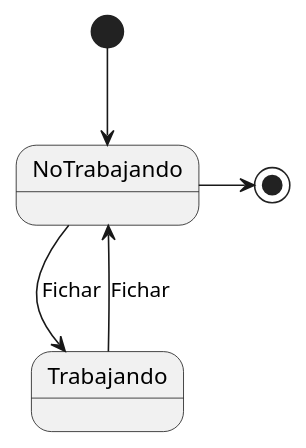
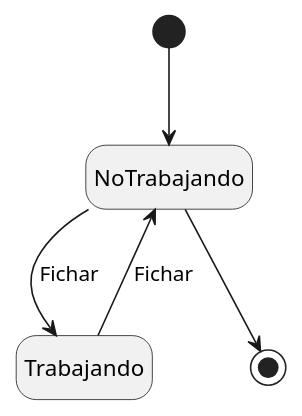
The diagram in modelosUML/modeloDominio/diagramaEstados.puml (mmasias/23-24-IdSw1-SDR), drawn with PlantUML before and after one commit. The commit also changed 13 other files, not shown here.

Commit message:
modify-README-files-and-diagrams-and-prototipe-images

```diff
--- a/modelosUML/modeloDominio/diagramaEstados.puml
+++ b/modelosUML/modeloDominio/diagramaEstados.puml
@@ -1,13 +1,13 @@
 @startuml DiagramaEstados
-state Trabajando
-state NoTrabajando
+
+hide empty description
 
 [*] -->  NoTrabajando
 
-NoTrabajando -r-> Trabajando : Fichar
+NoTrabajando -down-> Trabajando : Fichar
 
-Trabajando -d-> NoTrabajando : Fichar
+Trabajando -up-> NoTrabajando : Fichar
 
-NoTrabajando -r-> [*]
+NoTrabajando -down-> [*]
 
 @enduml
```
